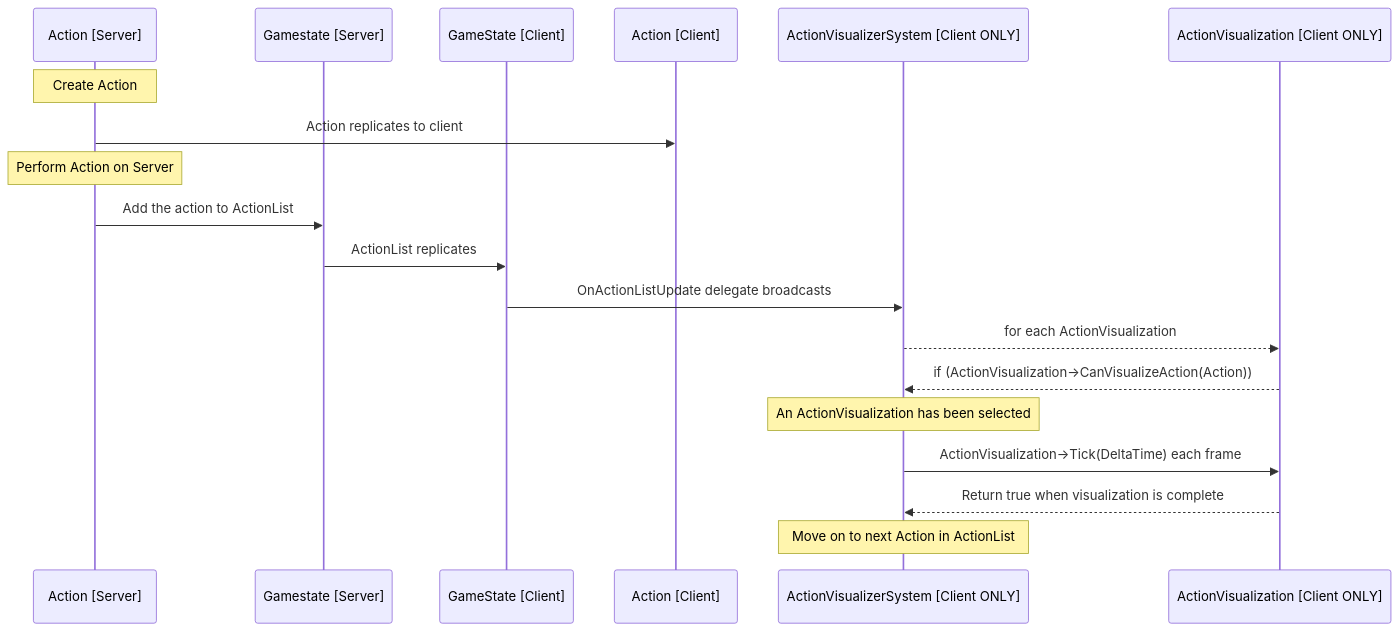
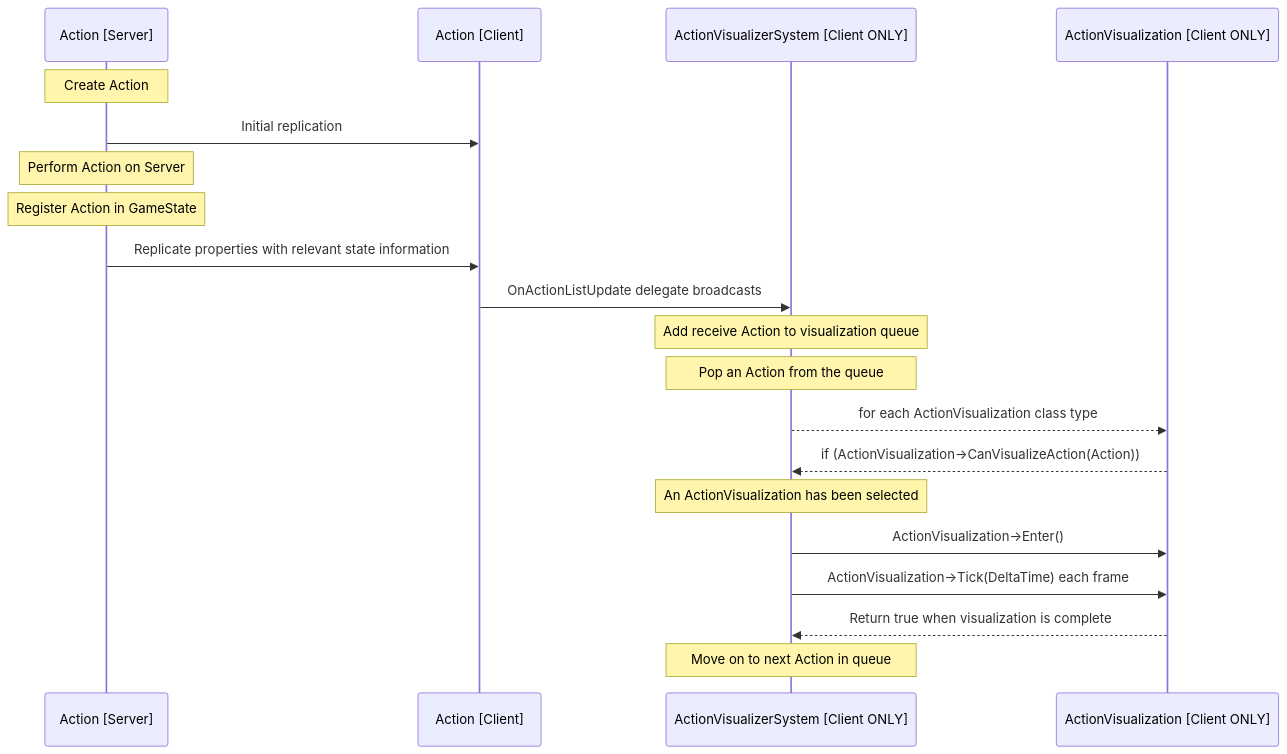
Before and after one commit to AntonHedlundFG/GraduationProject: the second of 2 diagrams in Docs/Report/Anton/ReportDraft.md, drawn with Mermaid.

Commit message:
actionvisualization diagram update

````diff
--- a/Docs/Report/Anton/ReportDraft.md
+++ b/Docs/Report/Anton/ReportDraft.md
@@ -216,23 +216,24 @@
 ```mermaid
 sequenceDiagram
 
 participant AS as Action [Server]
-participant GSS as Gamestate [Server]
-participant GSC as GameState [Client]
 participant AC as Action [Client]
 participant AVS as ActionVisualizerSystem [Client ONLY]
 participant AV as ActionVisualization [Client ONLY]
 
 note over AS: Create Action
-AS->>AC: Action replicates to client
+AS->>AC: Initial replication
 note over AS: Perform Action on Server
-AS->>GSS: Add the action to ActionList
-GSS->>GSC: ActionList replicates
-GSC->>AVS: OnActionListUpdate delegate broadcasts
-AVS-->>AV: for each ActionVisualization
+note over AS: Register Action in GameState
+AS->>AC: Replicate properties with relevant state information
+AC->>AVS: OnActionListUpdate delegate broadcasts
+note over AVS: Add receive Action to visualization queue
+note over AVS: Pop an Action from the queue
+AVS-->>AV: for each ActionVisualization class type
 AV-->>AVS: if (ActionVisualization->CanVisualizeAction(Action))
 note over AVS: An ActionVisualization has been selected
+AVS->>AV: ActionVisualization->Enter()
 AVS->>AV: ActionVisualization->Tick(DeltaTime) each frame
 AV-->>AVS: Return true when visualization is complete
-note over AVS: Move on to next Action in ActionList
+note over AVS: Move on to next Action in queue
 ```
````
